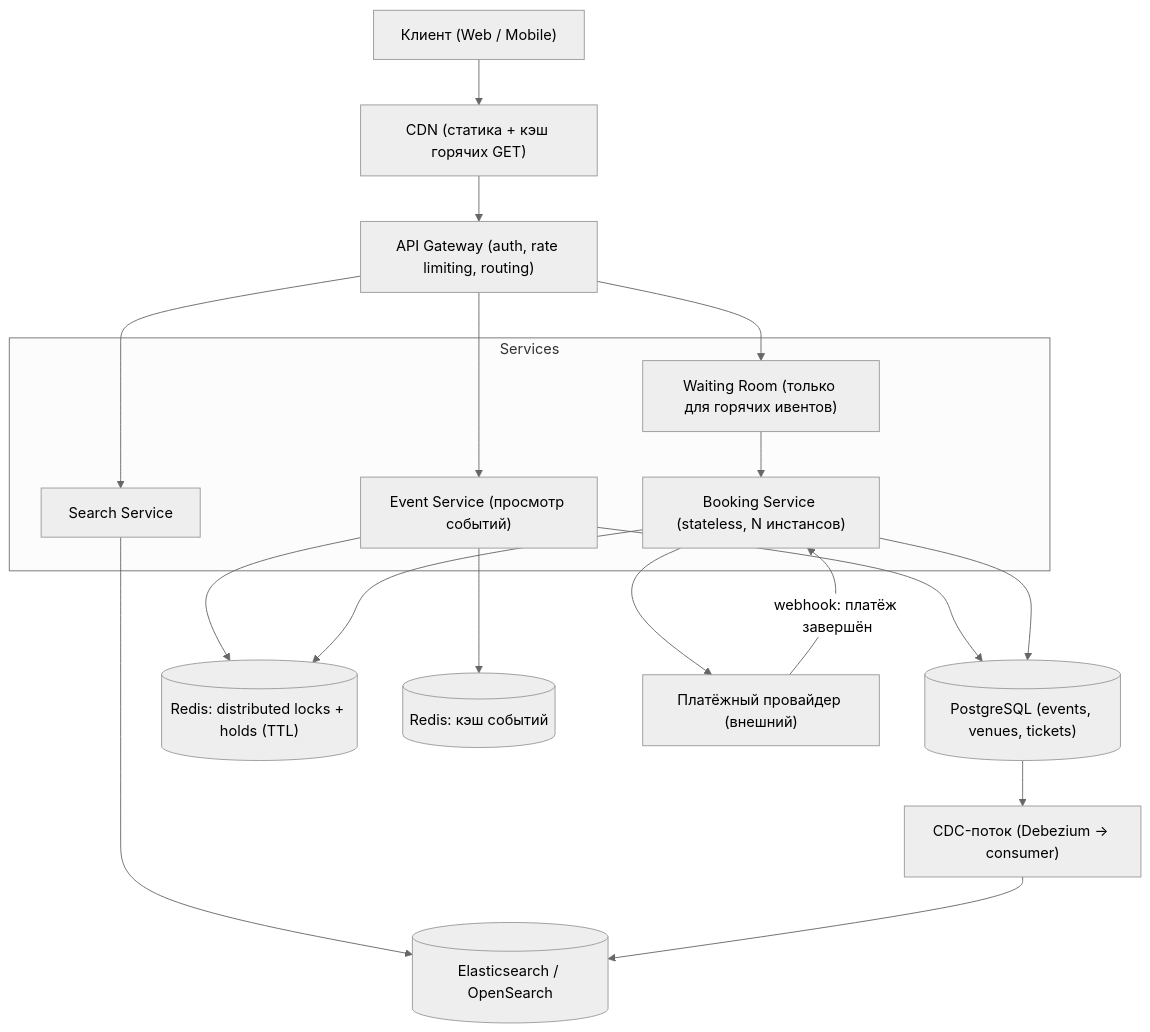
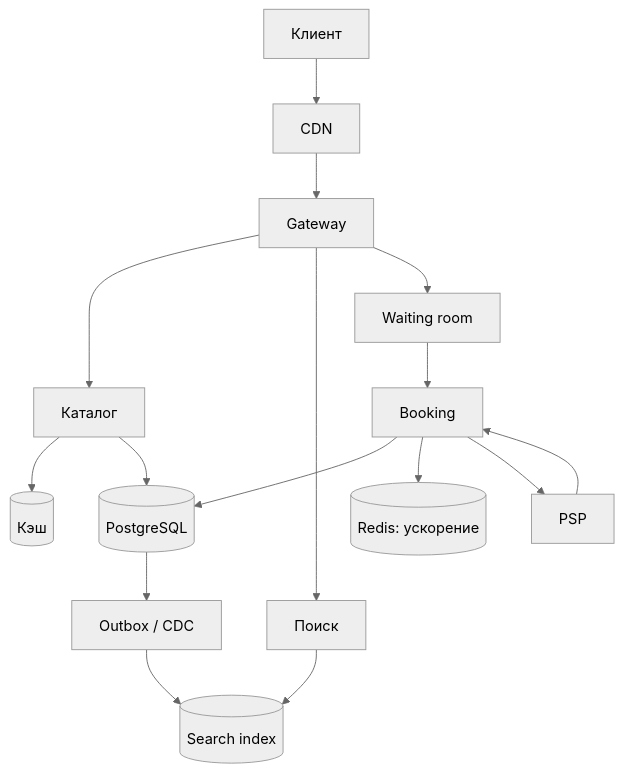
One commit to AlohaJava/system-design-interview-chamkin changed the first of 5 diagrams in 02-case-studies/ticket-booking.md. Above: the diagram before and after it, drawn with Mermaid (neutral theme). The commit also changed other lines of this file and 49 other files, not shown here.

````diff
--- a/02-case-studies/ticket-booking.md
+++ b/02-case-studies/ticket-booking.md
@@ -95,34 +99,18 @@
 ```mermaid
 flowchart TB
-    Client["Клиент (Web / Mobile)"]
-    CDN["CDN (статика + кэш горячих GET)"]
-    GW["API Gateway (auth, rate limiting, routing)"]
-
-    subgraph Services
-        EventSvc["Event Service (просмотр событий)"]
-        SearchSvc["Search Service"]
-        BookingSvc["Booking Service (stateless, N инстансов)"]
-        QueueSvc["Waiting Room (только для горячих ивентов)"]
-    end
-
-    DB[("PostgreSQL (events, venues, tickets)")]
-    ES[("Elasticsearch / OpenSearch")]
-    RedisLock[("Redis: distributed locks + holds (TTL)")]
-    RedisCache[("Redis: кэш событий")]
-    Pay["Платёжный провайдер (внешний)"]
-    CDC["CDC-поток (Debezium → consumer)"]
-
-    Client --> CDN --> GW
-    GW --> EventSvc
-    GW --> SearchSvc
-    GW --> QueueSvc --> BookingSvc
-    EventSvc --> DB
-    EventSvc --> RedisCache
-    EventSvc --> RedisLock
-    SearchSvc --> ES
-    BookingSvc --> DB
-    BookingSvc --> RedisLock
-    BookingSvc --> Pay
-    Pay -->|"webhook: платёж завершён"| BookingSvc
-    DB --> CDC --> ES
+    C["Клиент"] --> CDN["CDN"]
+    CDN --> GW["Gateway"]
+    GW --> VIEW["Каталог"]
+    GW --> SEARCH["Поиск"]
+    GW --> WR["Waiting room"]
+    WR --> BS["Booking"]
+    VIEW --> CACHE[("Кэш")]
+    VIEW --> DB[("PostgreSQL")]
+    SEARCH --> ES[("Search index")]
+    BS --> DB
+    BS --> R[("Redis: ускорение")]
+    BS --> PSP["PSP"]
+    PSP --> BS
+    DB --> CDC["Outbox / CDC"]
+    CDC --> ES
 ```
````
